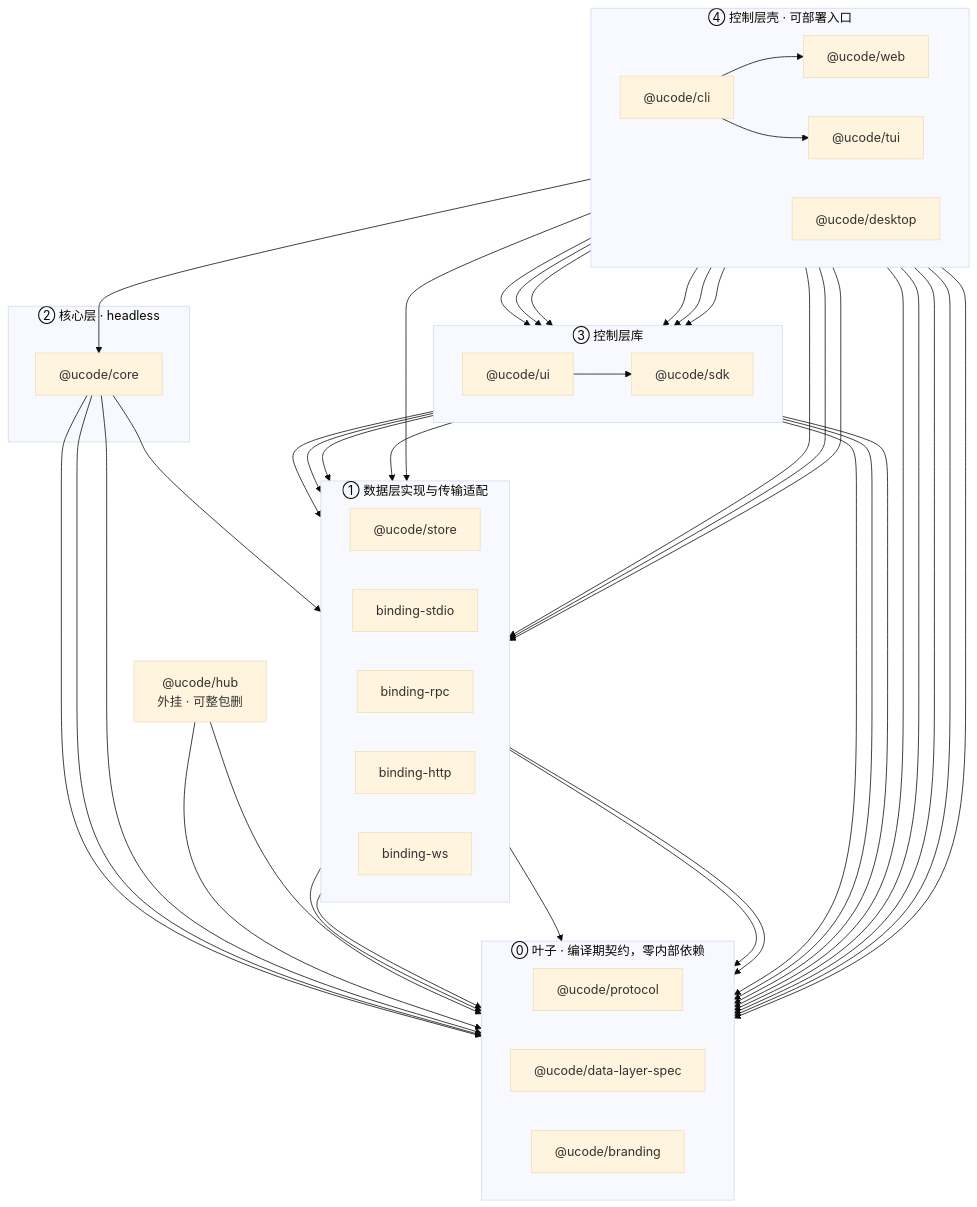
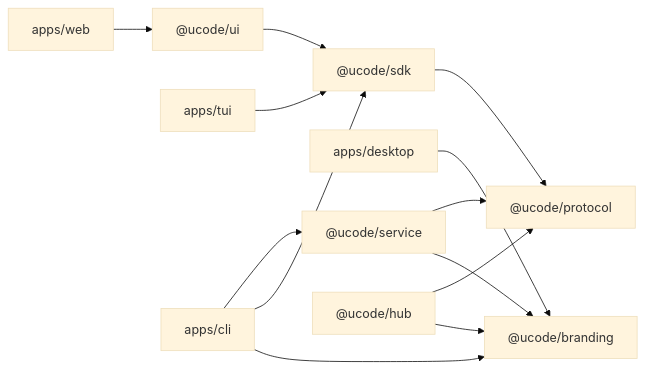
One commit to easyx-dev/ucode changed the second of 4 diagrams in docs/00-架构总览.md. Above: the diagram before and after it, drawn with Mermaid (base theme). The commit also changed other lines of this file and 10 other files, not shown here.

````diff
--- a/docs/00-架构总览.md
+++ b/docs/00-架构总览.md
@@ -82,76 +72,13 @@
 ```mermaid
-flowchart TB
-  subgraph S4["④ 控制层壳 · 可部署入口"]
-    direction LR
-    cli["@ucode/cli"]
-    web["@ucode/web"]
-    desktop["@ucode/desktop"]
-    tui["@ucode/tui"]
-  end
-
-  subgraph S3["③ 控制层库"]
-    direction LR
-    ui["@ucode/ui"]
-    sdk["@ucode/sdk"]
-  end
-
-  subgraph S2["② 核心层 · headless"]
-    core["@ucode/core"]
-  end
-
-  subgraph S1["① 数据层实现与传输适配"]
-    direction LR
-    store["@ucode/store"]
-    bs["binding-stdio"]
-    br["binding-rpc"]
-    bh["binding-http"]
-    bw["binding-ws"]
-  end
-
-  subgraph S0["⓪ 叶子 · 编译期契约，零内部依赖"]
-    direction LR
-    protocol["@ucode/protocol"]
-    dls["@ucode/data-layer-spec"]
-    branding["@ucode/branding"]
-  end
-
-  hub["@ucode/hub<br/>外挂 · 可整包删"]
-
-  cli --> core
+flowchart LR
+  web["apps/web"] --> ui["@ucode/ui"] --> sdk["@ucode/sdk"] --> protocol["@ucode/protocol"]
+  desktop["apps/desktop"] --> branding
+  tui["apps/tui"] --> sdk
+  cli["apps/cli"] --> service["@ucode/service"]
   cli --> sdk
-  cli --> bs
-  cli --> br
-  cli --> bh
-  cli --> bw
-  cli --> web
-  cli --> tui
-  cli --> protocol
-  cli --> branding
-  web --> ui
-  web --> sdk
-  web --> branding
-  desktop --> ui
-  desktop --> sdk
-  desktop --> branding
-  tui --> sdk
-  tui --> branding
-  ui --> sdk
-  ui --> protocol
-  ui --> branding
-  sdk --> bs
-  sdk --> br
-  sdk --> bh
-  sdk --> bw
-  sdk --> protocol
-  core --> store
-  core --> protocol
-  core --> dls
-  core --> branding
-  store --> dls
-  bs --> protocol
-  br --> protocol
-  bh --> protocol
-  bw --> protocol
-  hub --> protocol
+  cli --> branding["@ucode/branding"]
+  service --> protocol
+  service --> branding
+  hub["@ucode/hub"] --> protocol
   hub --> branding
 ```
````
